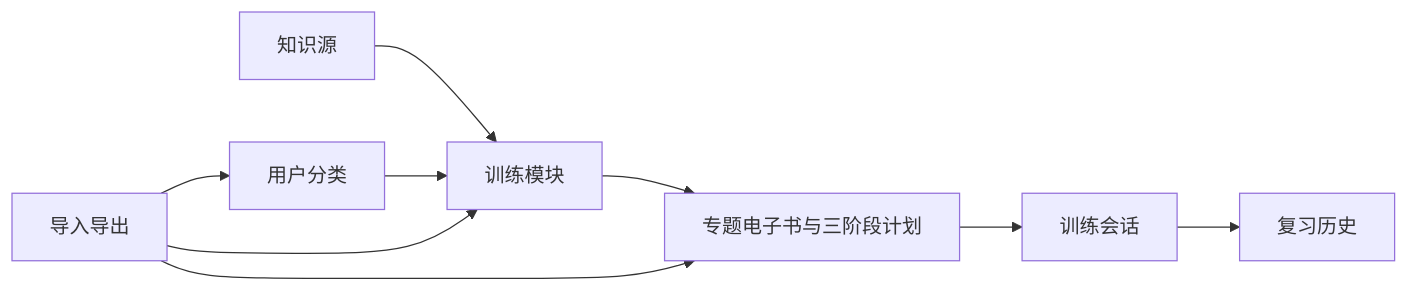
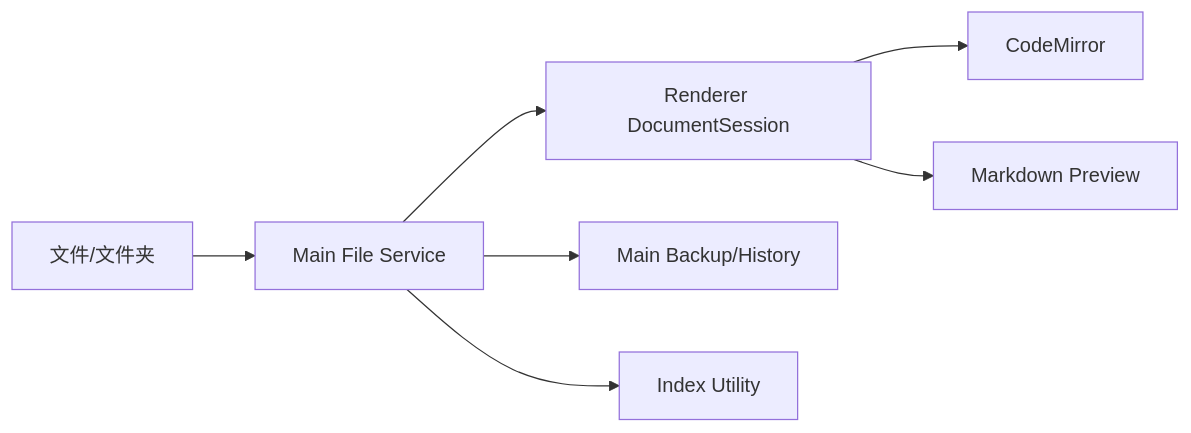
One commit to FormingSystem/linux_note changed the diagram in tools/practice_tool/docs/architecture/engineering/project_structure_and_module_boundaries.md. Above: the diagram before and after it, drawn with Mermaid. The commit also changed other lines of this file and 28 other files, not shown here.

First line of the commit message:
docs(practice/architecture)!: 重构为文件与文件夹 Markdown 桌面工作台

````diff
--- a/tools/practice_tool/docs/architecture/engineering/project_structure_and_module_boundaries.md
+++ b/tools/practice_tool/docs/architecture/engineering/project_structure_and_module_boundaries.md
@@ -18,11 +20,9 @@
 ```mermaid
 flowchart LR
-    KS[知识源] --> TM[训练模块]
-    TC[用户分类] --> TM
-    TM --> TP[专题电子书与三阶段计划]
-    TP --> PS[训练会话]
-    PS --> RH[复习历史]
-    IE[导入导出] --> TC
-    IE --> TM
-    IE --> TP
+    OS[文件/文件夹] --> FS[Main File Service]
+    FS --> SESSION[Renderer DocumentSession]
+    SESSION --> EDITOR[CodeMirror]
+    SESSION --> PREVIEW[Markdown Preview]
+    FS --> BACKUP[Main Backup/History]
+    FS --> INDEX[Index Utility]
 ```
````
